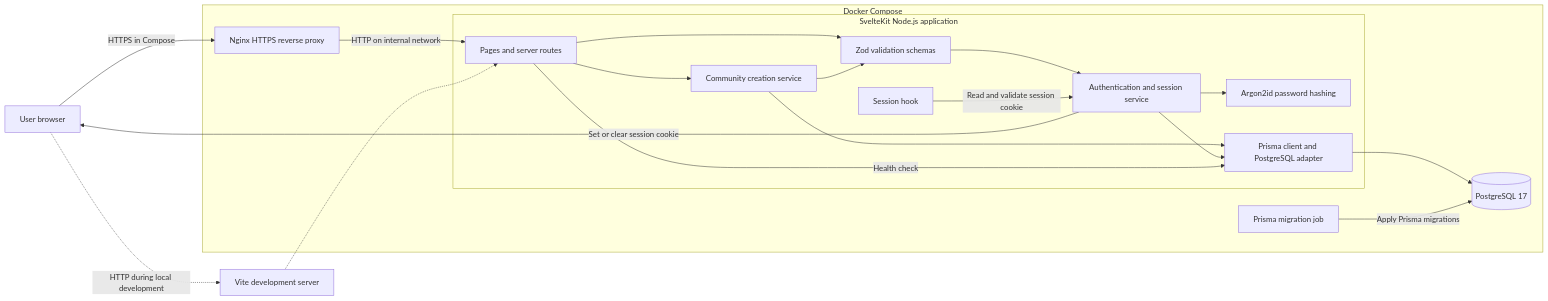
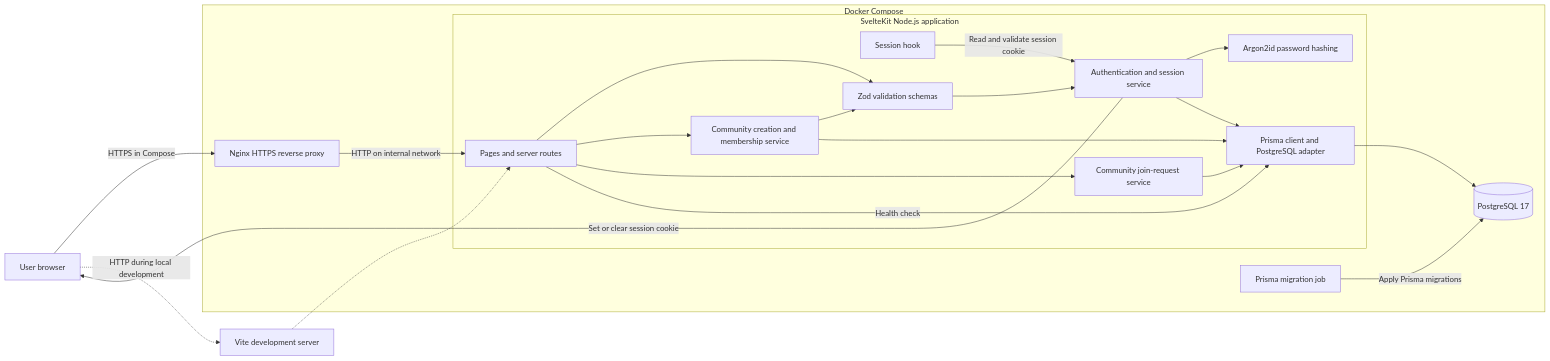
The diagram in README.md (jhuliaah/Transcendence_ft), drawn with Mermaid before and after one commit. The commit also changed other lines of this file, not shown here.

Commit message:
docs: document community join requests and test setup

````diff
--- a/README.md
+++ b/README.md
@@ -166,38 +167,41 @@
 ```mermaid
 flowchart LR
     browser[User browser]
 
     subgraph compose[Docker Compose]
         nginx[Nginx HTTPS reverse proxy]
         subgraph app[SvelteKit Node.js application]
             routes[Pages and server routes]
             hooks[Session hook]
             schemas[Zod validation schemas]
             auth[Authentication and session service]
-            community[Community creation service]
+            community[Community creation and membership service]
+            joinRequest[Community join-request service]
             argon[Argon2id password hashing]
             prisma[Prisma client and PostgreSQL adapter]
         end
         dbtools[Prisma migration job]
         postgres[(PostgreSQL 17)]
     end
 
     vite[Vite development server]
 
     browser -->|HTTPS in Compose| nginx
     nginx -->|HTTP on internal network| routes
     browser -.->|HTTP during local development| vite
     vite -.-> routes
     routes --> schemas
     schemas --> auth
     routes --> community
+    routes --> joinRequest
     community --> schemas
     community --> prisma
+    joinRequest --> prisma
     hooks -->|Read and validate session cookie| auth
     auth --> argon
     auth --> prisma
     routes -->|Health check| prisma
     prisma --> postgres
     dbtools -->|Apply Prisma migrations| postgres
     auth -->|Set or clear session cookie| browser
 ```
````
